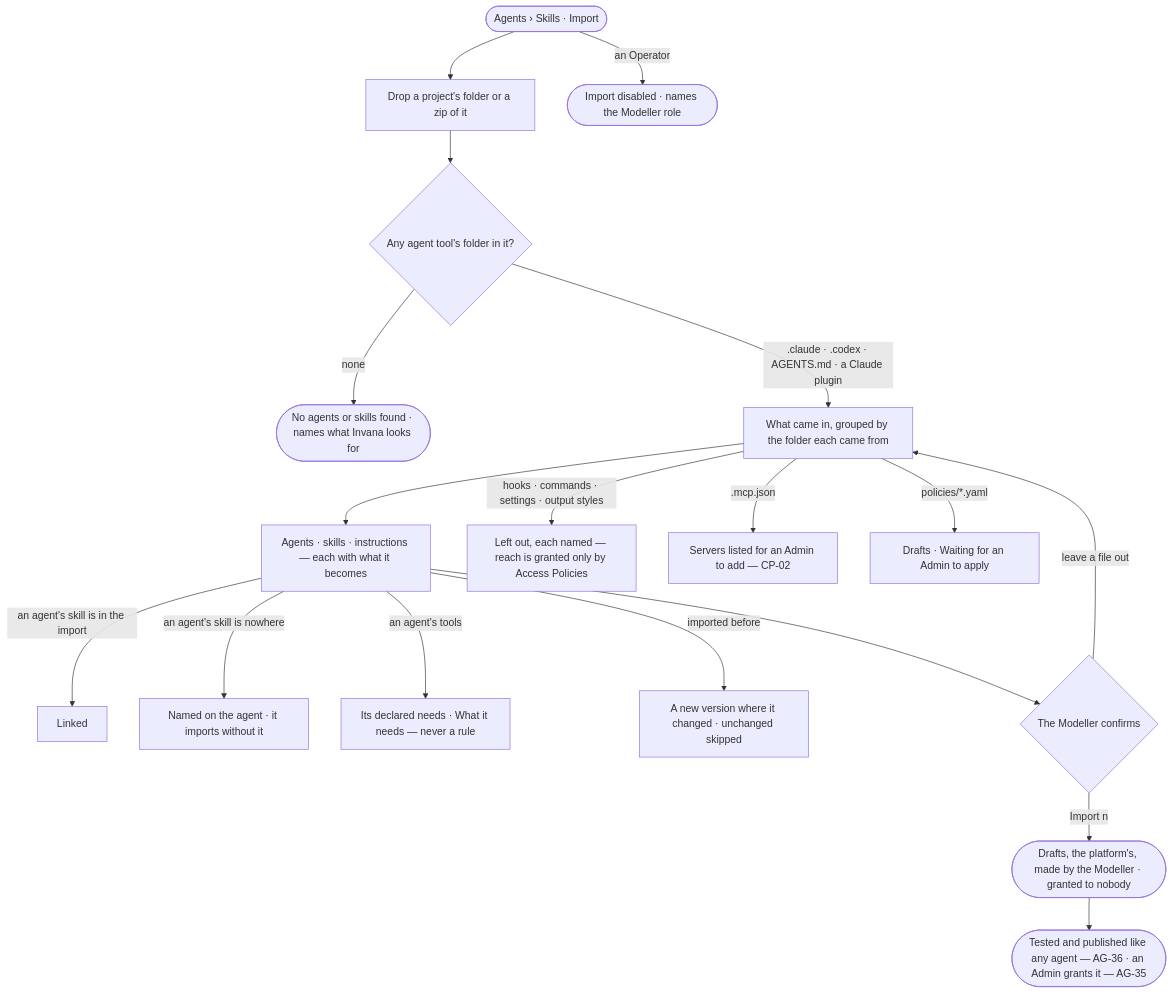
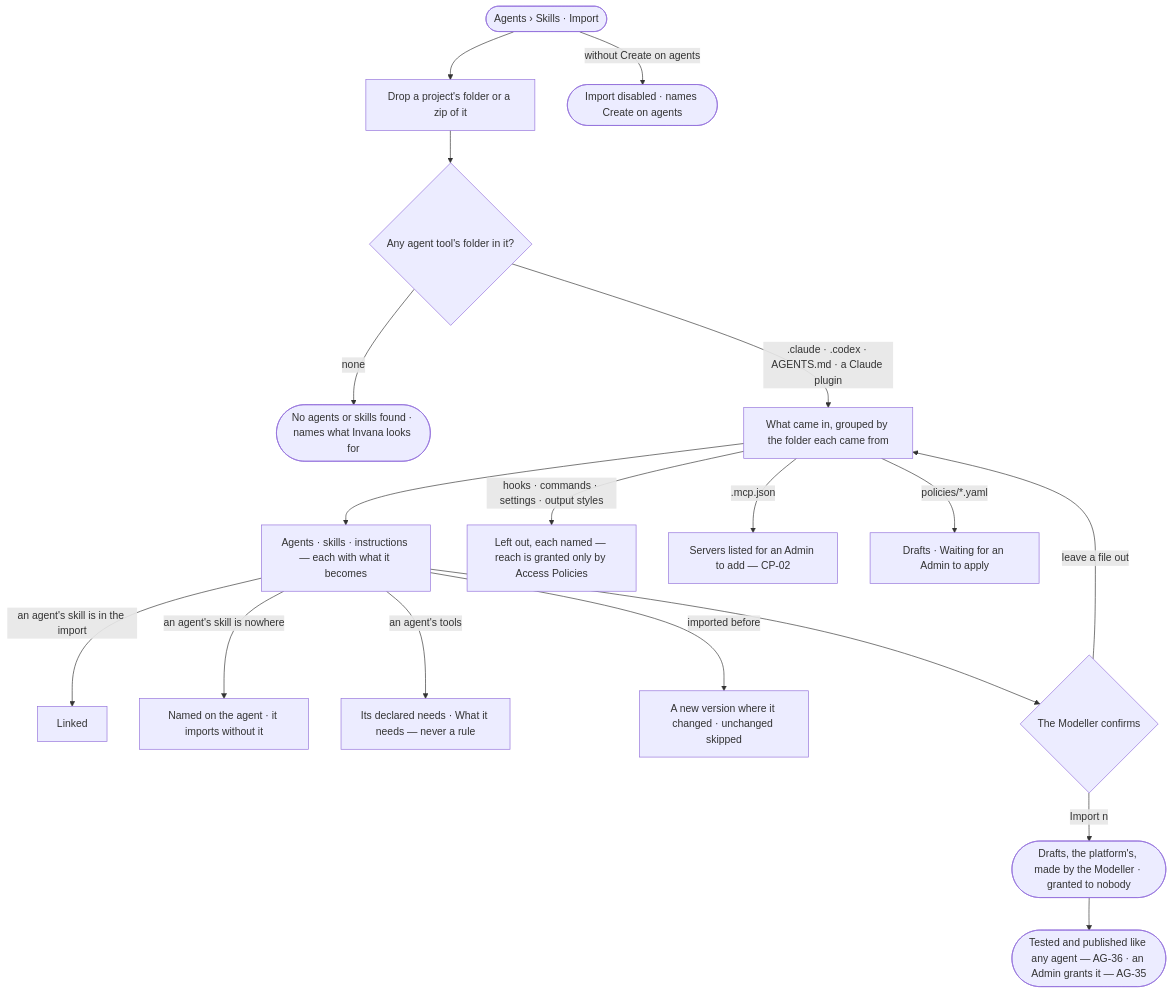
One commit to invana/invana changed the diagram in specs/capabilities/agents/features/AG-F08-portable-agents-and-skills/stories/AG-63-bring-in-agents-and-skills-from-an-agent-tools-folder/story.md. Above: the diagram before and after it, drawn with Mermaid. The commit also changed other lines of this file and 236 other files, not shown here.

````diff
--- a/specs/capabilities/agents/features/AG-F08-portable-agents-and-skills/stories/AG-63-bring-in-agents-and-skills-from-an-agent-tools-folder/story.md
+++ b/specs/capabilities/agents/features/AG-F08-portable-agents-and-skills/stories/AG-63-bring-in-agents-and-skills-from-an-agent-tools-folder/story.md
@@ -31,20 +31,20 @@
 ```mermaid
 flowchart TD
   a([Agents › Skills · Import]) --> d["Drop a project's folder or a zip of it"]
   d --> f{"Any agent tool's folder in it?"}
   f -->|none| n(["No agents or skills found · names what Invana looks for"])
   f -->|.claude · .codex · AGENTS.md · a Claude plugin| g["What came in, grouped by the folder each came from"]
   g --> ag["Agents · skills · instructions — each with what it becomes"]
   ag -->|an agent's skill is in the import| ln["Linked"]
   ag -->|an agent's skill is nowhere| lm["Named on the agent · it imports without it"]
   ag -->|an agent's tools| nd["Its declared needs · What it needs — never a rule"]
   g -->|hooks · commands · settings · output styles| lo["Left out, each named — reach is granted only by Access Policies"]
   g -->|.mcp.json| ms["Servers listed for an Admin to add — CP-02"]
   g -->|policies/*.yaml| pf["Drafts · Waiting for an Admin to apply"]
   ag -->|imported before| nv["A new version where it changed · unchanged skipped"]
   ag --> cf{"The Modeller confirms"}
   cf -->|Import n| s(["Drafts, the platform's, made by the Modeller · granted to nobody"])
   cf -->|leave a file out| g
   s --> t(["Tested and published like any agent — AG-36 · an Admin grants it — AG-35"])
-  a -->|an Operator| no(["Import disabled · names the Modeller role"])
+  a -->|without Create on agents| no(["Import disabled · names Create on agents"])
 ```
````
